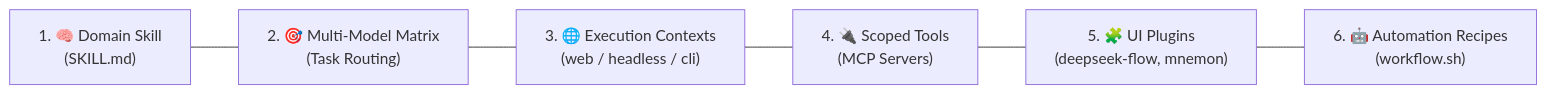
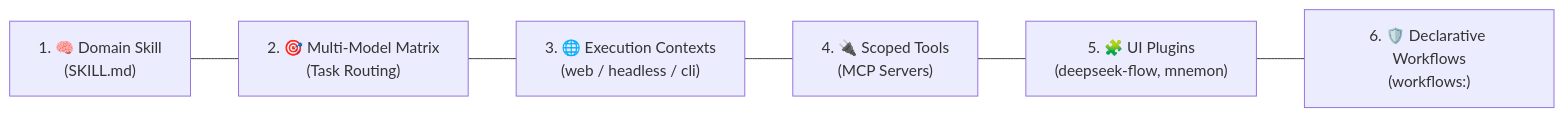
Before and after one commit to hdjebar/DSH-DDS: the second of 2 diagrams in docs/research-notes-ai-personas.md, drawn with Mermaid. The commit also changed other lines of this file and 8 other files, not shown here.

````diff
--- a/docs/research-notes-ai-personas.md
+++ b/docs/research-notes-ai-personas.md
@@ -86,8 +86,8 @@
 ```mermaid
 flowchart LR
     SKILL["1. 🧠 Domain Skill<br/>(SKILL.md)"] --- MODELS["2. 🎯 Multi-Model Matrix<br/>(Task Routing)"]
     MODELS --- PROFILES["3. 🌐 Execution Contexts<br/>(web / headless / cli)"]
     PROFILES --- MCPS["4. 🔌 Scoped Tools<br/>(MCP Servers)"]
     MCPS --- PLUGS["5. 🧩 UI Plugins<br/>(deepseek-flow, mnemon)"]
-    PLUGS --- WORKFLOWS["6. 🤖 Automation Recipes<br/>(workflow.sh)"]
+    PLUGS --- WORKFLOWS["6. 🛡️ Declarative Workflows<br/>(workflows:)"]
 ```
````
